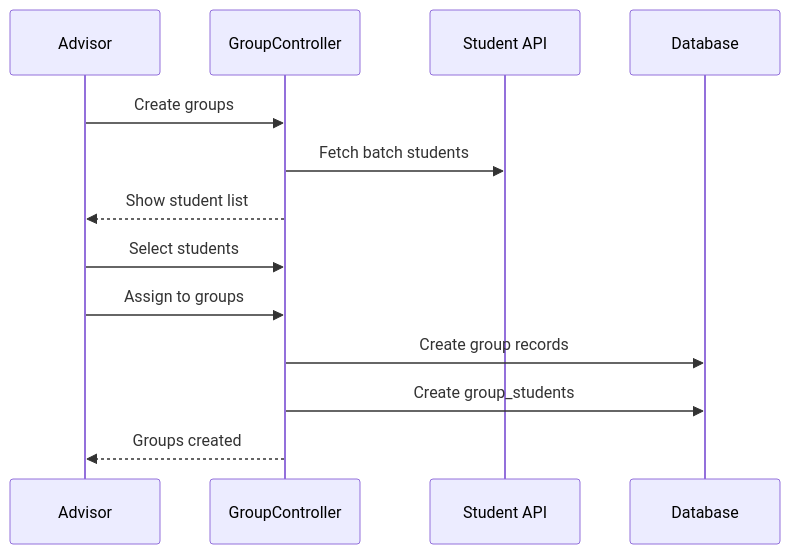
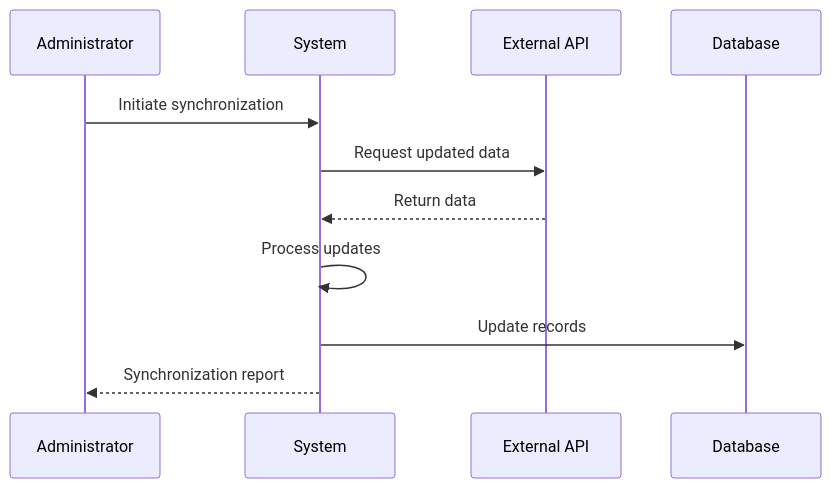
One commit to abdullah2323442/thesisrepo-backup changed diagram 12 of 16 in sequence.md. Above: the diagram before and after it, drawn with Mermaid. The commit also changed other lines of this file, not shown here.

Commit message:
refactor(sequence-diagrams): Revise sequence diagrams for improved clarity and organization of system workflows

````diff
--- a/sequence.md
+++ b/sequence.md
@@ -289,16 +225,14 @@
 ```mermaid
 sequenceDiagram
-    participant Ad as Advisor
-    participant GC as GroupController
-    participant API as Student API
-    participant DB as Database
+    participant Administrator
+    participant System
+    participant External API
+    participant Database
 
-    Ad->>GC: Create groups
-    GC->>API: Fetch batch students
-    GC-->>Ad: Show student list
-    Ad->>GC: Select students
-    Ad->>GC: Assign to groups
-    GC->>DB: Create group records
-    GC->>DB: Create group_students
-    GC-->>Ad: Groups created
+    Administrator->>System: Initiate synchronization
+    System->>External API: Request updated data
+    External API-->>System: Return data
+    System->>System: Process updates
+    System->>Database: Update records
+    System-->>Administrator: Synchronization report
 ```
````
